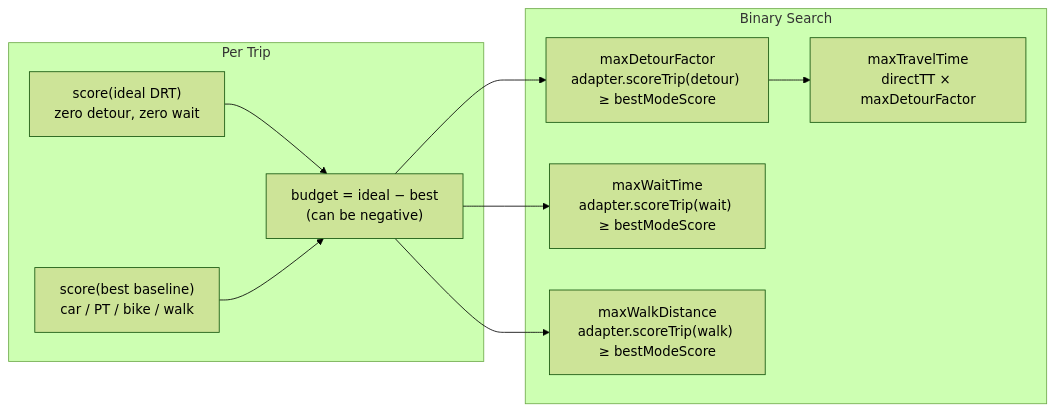
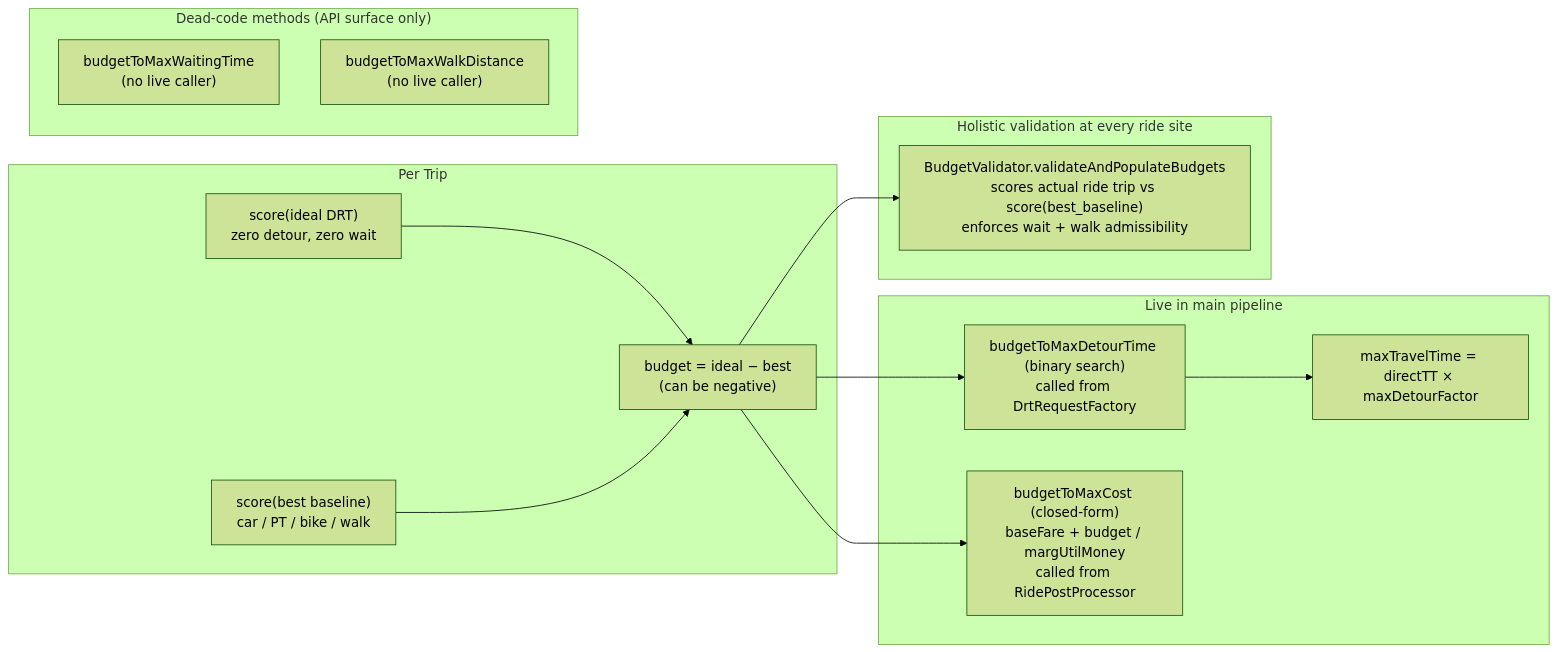
One commit to Chrigarr9/matsim-libs changed the second of 23 diagrams in contribs/drt-demand-extraction/docs/drt-demand-extraction-architecture.md. Above: the diagram before and after it, drawn with Mermaid (forest theme). The commit also changed other lines of this file, not shown here.

First line of the commit message:
docs: rewrite drt-demand-extraction-architecture.md to current code-truth

````diff
--- a/contribs/drt-demand-extraction/docs/drt-demand-extraction-architecture.md
+++ b/contribs/drt-demand-extraction/docs/drt-demand-extraction-architecture.md
@@ -67,22 +73,30 @@
 ```mermaid
 flowchart LR
     subgraph "Per Trip"
         IDEAL["score(ideal DRT)<br/>zero detour, zero wait"]
         BEST["score(best baseline)<br/>car / PT / bike / walk"]
         BUD["budget = ideal − best<br/>(can be negative)"]
     end
 
-    subgraph "Binary Search"
-        MDF["maxDetourFactor<br/>adapter.scoreTrip(detour) ≥ bestModeScore"]
-        MWT["maxWaitTime<br/>adapter.scoreTrip(wait) ≥ bestModeScore"]
-        MWD["maxWalkDistance<br/>adapter.scoreTrip(walk) ≥ bestModeScore"]
-        MTT["maxTravelTime<br/>directTT × maxDetourFactor"]
+    subgraph "Live in main pipeline"
+        MDF["budgetToMaxDetourTime (binary search)<br/>called from DrtRequestFactory"]
+        MTT["maxTravelTime = directTT × maxDetourFactor"]
+        MC["budgetToMaxCost (closed-form)<br/>baseFare + budget / margUtilMoney<br/>called from RidePostProcessor"]
+    end
+
+    subgraph "Dead-code methods (API surface only)"
+        MWT["budgetToMaxWaitingTime<br/>(no live caller)"]
+        MWD["budgetToMaxWalkDistance<br/>(no live caller)"]
+    end
+
+    subgraph "Holistic validation at every ride site"
+        HOL["BudgetValidator.validateAndPopulateBudgets<br/>scores actual ride trip vs score(best_baseline)<br/>enforces wait + walk admissibility"]
     end
 
     IDEAL --> BUD
     BEST --> BUD
     BUD --> MDF
-    BUD --> MWT
-    BUD --> MWD
+    BUD --> MC
     MDF --> MTT
+    BUD --> HOL
 ```
````
